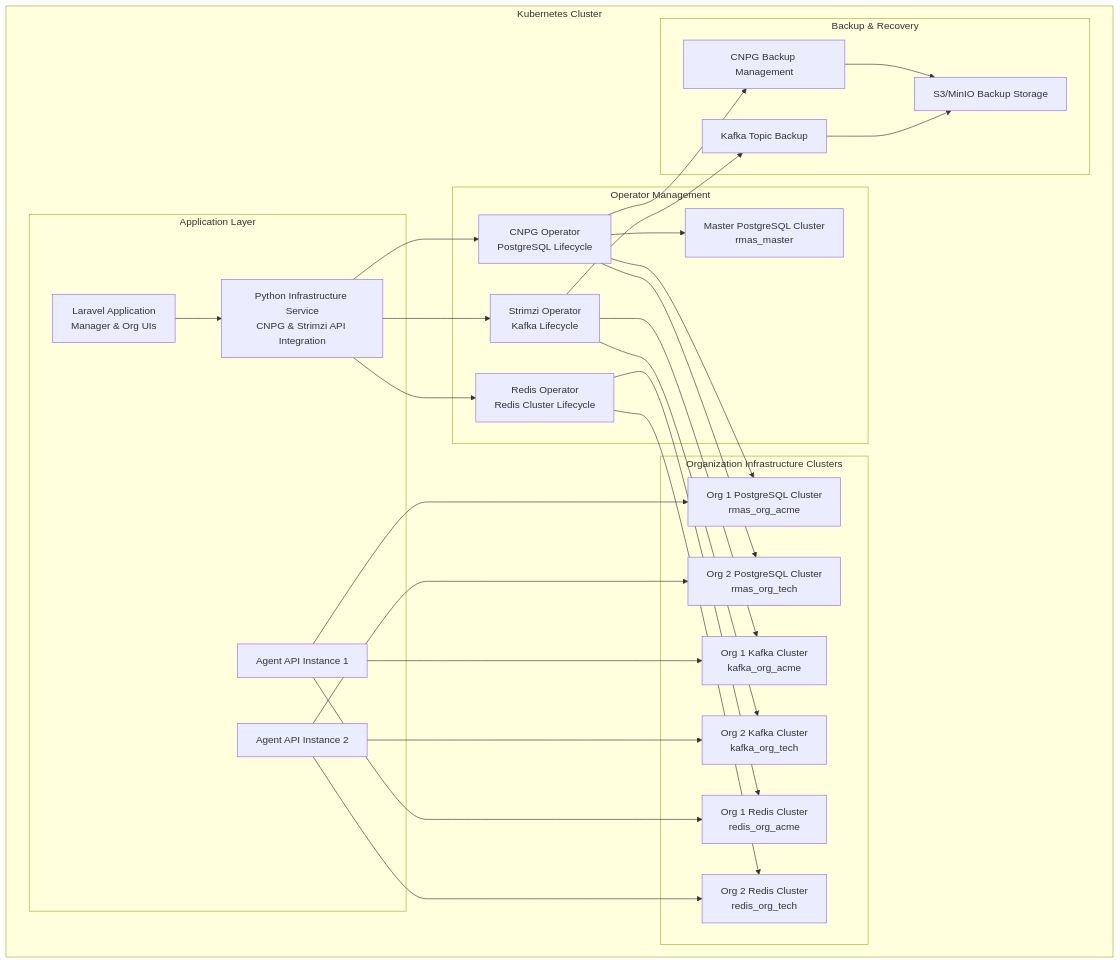
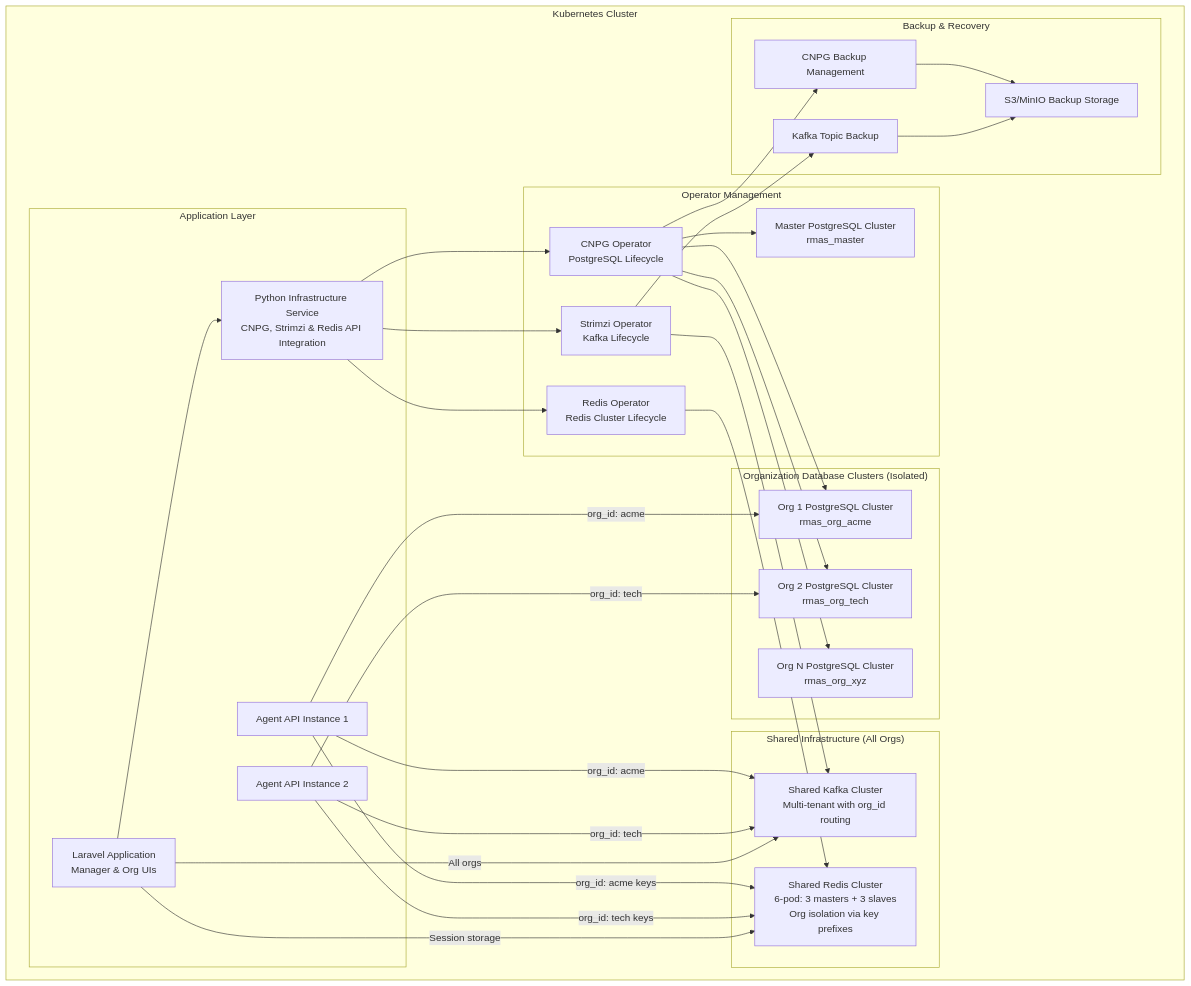
Before and after one commit to kustav123/radmin: the first of 4 diagrams in LLD/database/multi-tenancy.md, drawn with Mermaid. The commit also changed other lines of this file, not shown here.

````diff
--- a/LLD/database/multi-tenancy.md
+++ b/LLD/database/multi-tenancy.md
@@ -7,62 +7,64 @@
 ```mermaid
 graph TB
     subgraph "Kubernetes Cluster"
         subgraph "Application Layer"
             LaravelApp[Laravel Application<br/>Manager & Org UIs]
-            PythonInfraService[Python Infrastructure Service<br/>CNPG & Strimzi API Integration]
+            PythonInfraService[Python Infrastructure Service<br/>CNPG, Strimzi & Redis API Integration]
             AAPI1[Agent API Instance 1]
             AAPI2[Agent API Instance 2]
         end
         
         subgraph "Operator Management"
             CNPGOperator[CNPG Operator<br/>PostgreSQL Lifecycle]
             StrimziOperator[Strimzi Operator<br/>Kafka Lifecycle]
             RedisOperator[Redis Operator<br/>Redis Cluster Lifecycle]
             MasterCluster[Master PostgreSQL Cluster<br/>rmas_master]
         end
         
-        subgraph "Organization Infrastructure Clusters"
+        subgraph "Shared Infrastructure (All Orgs)"
+            KafkaCluster[Shared Kafka Cluster<br/>Multi-tenant with org_id routing]
+            RedisCluster[Shared Redis Cluster<br/>6-pod: 3 masters + 3 slaves<br/>Org isolation via key prefixes]
+        end
+        
+        subgraph "Organization Database Clusters (Isolated)"
             OrgCluster1[Org 1 PostgreSQL Cluster<br/>rmas_org_acme]
-            OrgKafka1[Org 1 Kafka Cluster<br/>kafka_org_acme]
-            OrgRedis1[Org 1 Redis Cluster<br/>redis_org_acme]
-            
             OrgCluster2[Org 2 PostgreSQL Cluster<br/>rmas_org_tech]
-            OrgKafka2[Org 2 Kafka Cluster<br/>kafka_org_tech]
-            OrgRedis2[Org 2 Redis Cluster<br/>redis_org_tech]
+            OrgClusterN[Org N PostgreSQL Cluster<br/>rmas_org_xyz]
         end
         
         subgraph "Backup & Recovery"
             BackupStorage[S3/MinIO Backup Storage]
             CNPGBackup[CNPG Backup Management]
             KafkaBackup[Kafka Topic Backup]
         end
     end
     
     LaravelApp --> PythonInfraService
     PythonInfraService --> CNPGOperator
     PythonInfraService --> StrimziOperator
     PythonInfraService --> RedisOperator
     
     CNPGOperator --> MasterCluster
     CNPGOperator --> OrgCluster1
     CNPGOperator --> OrgCluster2
+    CNPGOperator --> OrgClusterN
     
-    StrimziOperator --> OrgKafka1
-    StrimziOperator --> OrgKafka2
+    StrimziOperator --> KafkaCluster
+    RedisOperator --> RedisCluster
     
-    RedisOperator --> OrgRedis1
-    RedisOperator --> OrgRedis2
+    AAPI1 -->|org_id: acme| OrgCluster1
+    AAPI1 -->|org_id: acme| KafkaCluster
+    AAPI1 -->|org_id: acme keys| RedisCluster
     
-    AAPI1 --> OrgCluster1
-    AAPI1 --> OrgKafka1
-    AAPI1 --> OrgRedis1
+    AAPI2 -->|org_id: tech| OrgCluster2
+    AAPI2 -->|org_id: tech| KafkaCluster
+    AAPI2 -->|org_id: tech keys| RedisCluster
     
-    AAPI2 --> OrgCluster2
-    AAPI2 --> OrgKafka2
-    AAPI2 --> OrgRedis2
+    LaravelApp -->|All orgs| KafkaCluster
+    LaravelApp -->|Session storage| RedisCluster
     
     CNPGBackup --> BackupStorage
     KafkaBackup --> BackupStorage
     CNPGOperator --> CNPGBackup
     StrimziOperator --> KafkaBackup
 ```
````
